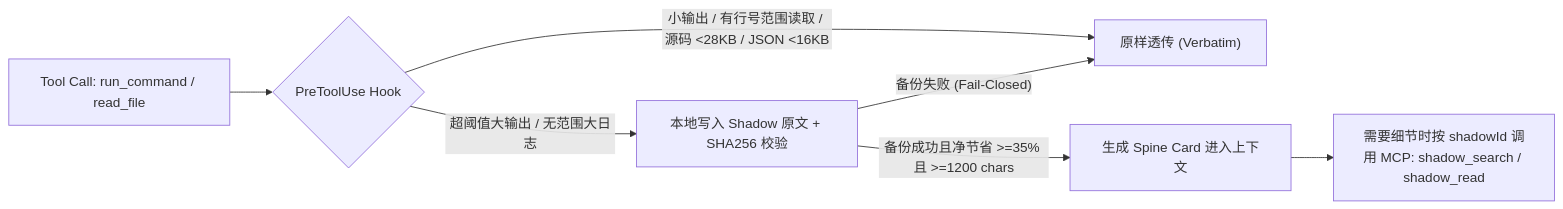
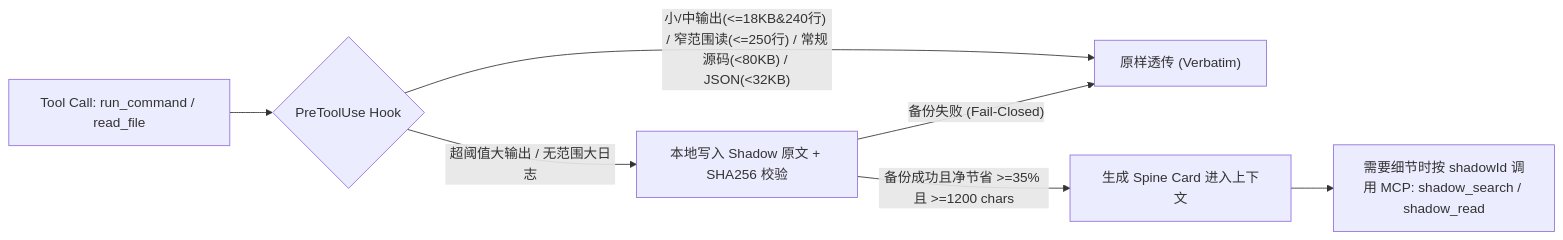
One commit to fxxk-five/antigravity-live-compact changed the diagram in README.md. Above: the diagram before and after it, drawn with Mermaid. The commit also changed other lines of this file and 10 other files, not shown here.

````diff
--- a/README.md
+++ b/README.md
@@ -116,9 +119,9 @@
 ```mermaid
 flowchart LR
     A["Tool Call: run_command / read_file"] --> B{"PreToolUse Hook"}
-    B -->|"小输出 / 有行号范围读取 / 源码 <28KB / JSON <16KB"| C["原样透传 (Verbatim)"]
+    B -->|"小/中输出(<=18KB&240行) / 窄范围读(<=250行) / 常规源码(<80KB) / JSON(<32KB)"| C["原样透传 (Verbatim)"]
     B -->|"超阈值大输出 / 无范围大日志"| D["本地写入 Shadow 原文 + SHA256 校验"]
     D -->|"备份失败 (Fail-Closed)"| C
     D -->|"备份成功且净节省 >=35% 且 >=1200 chars"| E["生成 Spine Card 进入上下文"]
     E --> F["需要细节时按 shadowId 调用 MCP: shadow_search / shadow_read"]
 ```
````
